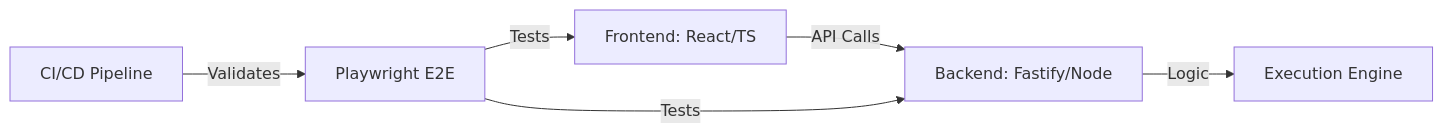
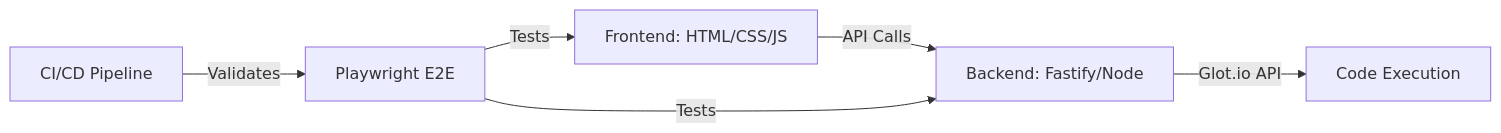
The diagram in README.md (PkLavc/codepulse-monorepo), drawn with Mermaid before and after one commit. The commit also changed other lines of this file and 5 other files, not shown here.

Commit message:
feat: update documentation and infrastructure for standalone HTML architecture

````diff
--- a/README.md
+++ b/README.md
@@ -65,8 +68,8 @@
 ```mermaid
 graph LR
-    A[Frontend: React/TS] -->|API Calls| B[Backend: Fastify/Node]
-    B -->|Logic| C[Execution Engine]
+    A[Frontend: HTML/CSS/JS] -->|API Calls| B[Backend: Fastify/Node]
+    B -->|Glot.io API| C[Code Execution]
     D[Playwright E2E] -->|Tests| A
     D -->|Tests| B
     E[CI/CD Pipeline] -->|Validates| D
 ```
````
